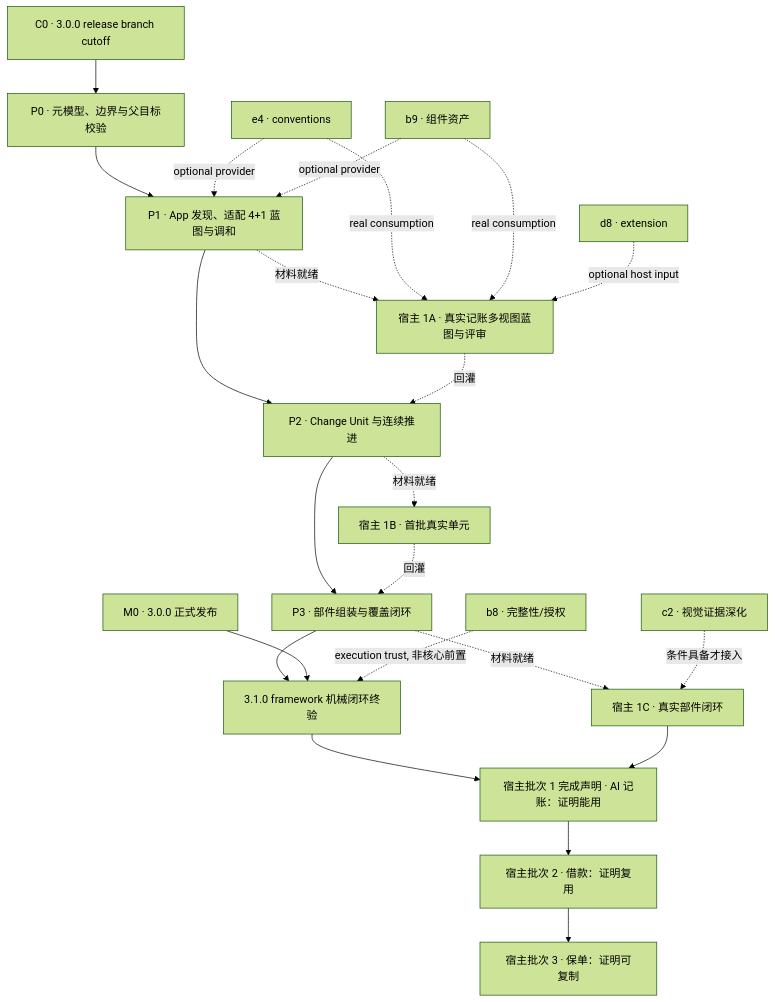
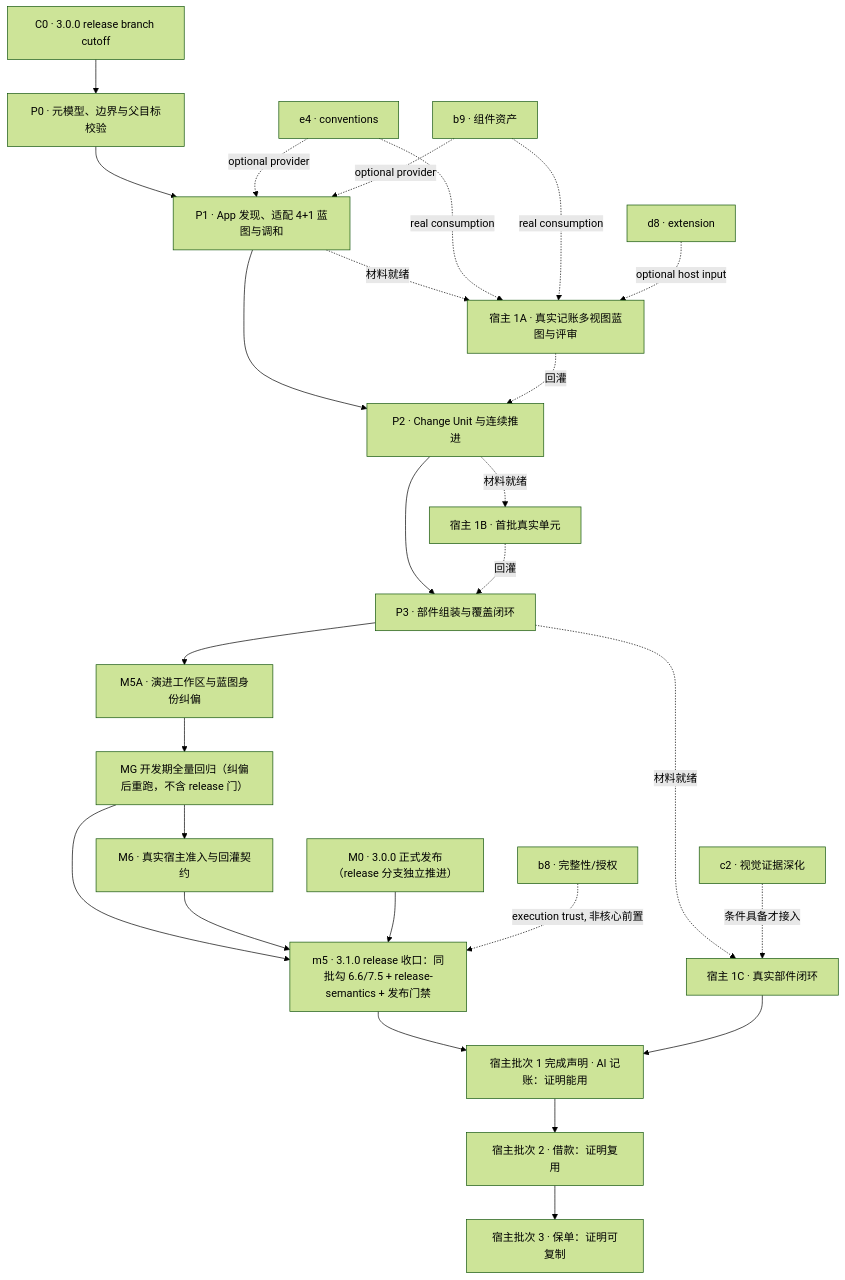
The diagram in .cursor/plans/复杂能力建设3.1_单部件复杂需求闭环首期总计划_6f2a9d8c.plan.md (sqsqsq/agent-maison), drawn with Mermaid (forest theme) before and after one commit. The commit also changed other lines of this file and 14 other files, not shown here.

````diff
--- a/.cursor/plans/复杂能力建设3.1_单部件复杂需求闭环首期总计划_6f2a9d8c.plan.md
+++ b/.cursor/plans/复杂能力建设3.1_单部件复杂需求闭环首期总计划_6f2a9d8c.plan.md
@@ -180,26 +198,30 @@
 ```mermaid
 flowchart TB
     C0["C0 · 3.0.0 release branch cutoff"] --> P0["P0 · 元模型、边界与父目标校验"]
     P0 --> P1["P1 · App 发现、适配 4+1 蓝图与调和"]
     P1 --> P2["P2 · Change Unit 与连续推进"]
     P2 --> P3["P3 · 部件组装与覆盖闭环"]
-    P3 --> MG["3.1.0 framework 机械闭环终验"]
-    R0["M0 · 3.0.0 正式发布"] --> MG
+    P3 --> M5A["M5A · 演进工作区与蓝图身份纠偏"]
+    M5A --> MGR["MG 开发期全量回归（纠偏后重跑，不含 release 门）"]
+    MGR --> M6["M6 · 真实宿主准入与回灌契约"]
+    MGR --> MG["m5 · 3.1.0 release 收口：同批勾 6.6/7.5 + release-semantics + 发布门禁"]
+    M6 --> MG
+    R0["M0 · 3.0.0 正式发布（release 分支独立推进）"] --> MG
     MG --> H1["宿主批次 1 完成声明 · AI 记账：证明能用"]
     P1 -. 材料就绪 .-> H1A["宿主 1A · 真实记账多视图蓝图与评审"]
     P2 -. 材料就绪 .-> H1B["宿主 1B · 首批真实单元"]
     P3 -. 材料就绪 .-> H1C["宿主 1C · 真实部件闭环"]
     H1A -. 回灌 .-> P2
     H1B -. 回灌 .-> P3
     H1C --> H1
     H1 --> H2["宿主批次 2 · 借款：证明复用"]
     H2 --> H3["宿主批次 3 · 保单：证明可复制"]
 
     E4["e4 · conventions"] -. optional provider .-> P1
     B9["b9 · 组件资产"] -. optional provider .-> P1
     E4 -. real consumption .-> H1A
     B9 -. real consumption .-> H1A
     C2["c2 · 视觉证据深化"] -. 条件具备才接入 .-> H1C
     B8["b8 · 完整性/授权"] -. execution trust, 非核心前置 .-> MG
     D8["d8 · extension"] -. optional host input .-> H1A
 ```
````
